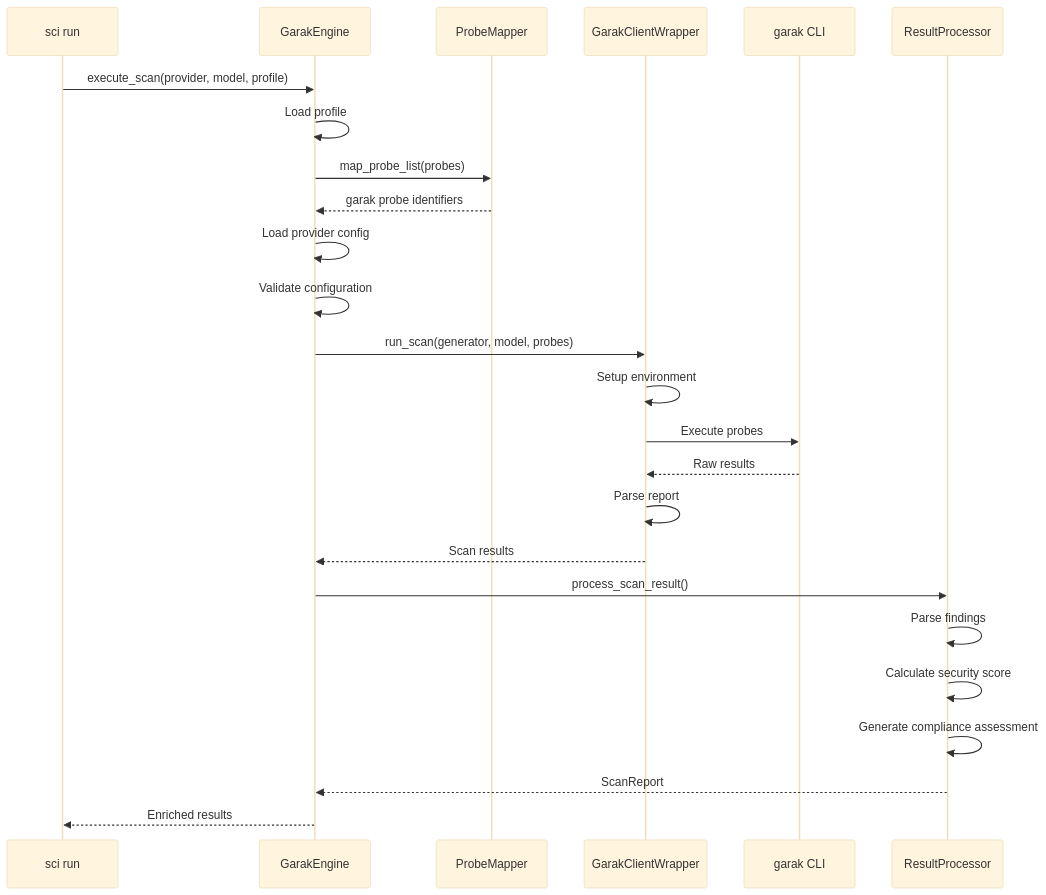
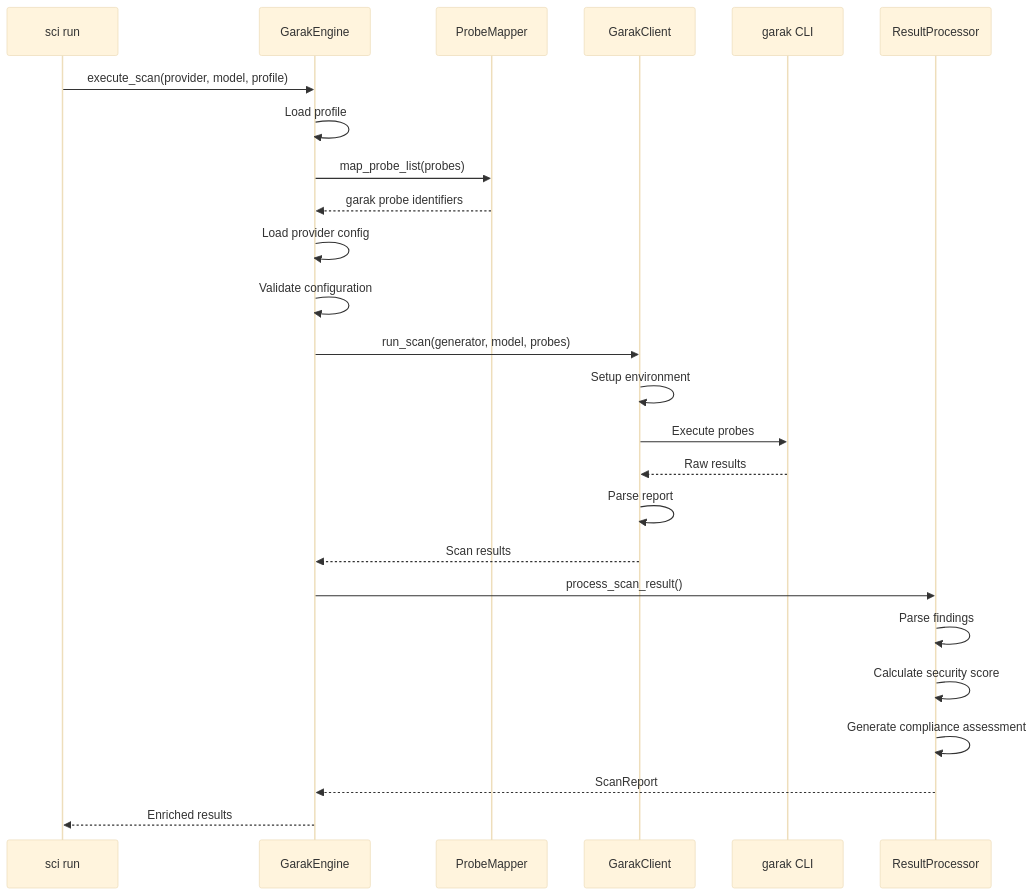
Before and after one commit to HaidarJbeily7/sci: the diagram in docs/garak-integration.md, drawn with Mermaid (base theme). The commit also changed other lines of this file and 12 other files, not shown here.

Commit message:
Refactor GarakClientWrapper to GarakClient across documentation and codebase for consistency. Update related references in README, integration, and unit tests. Enhance probe and detector mappings to align with the latest Garak version, ensuring improved clarity and maintainability.

````diff
--- a/docs/garak-integration.md
+++ b/docs/garak-integration.md
@@ -448,28 +448,28 @@
 ```mermaid
 sequenceDiagram
     participant CLI as sci run
     participant Engine as GarakEngine
     participant Mapper as ProbeMapper
-    participant Client as GarakClientWrapper
+    participant Client as GarakClient
     participant Garak as garak CLI
     participant Processor as ResultProcessor
 
     CLI->>Engine: execute_scan(provider, model, profile)
     Engine->>Engine: Load profile
     Engine->>Mapper: map_probe_list(probes)
     Mapper-->>Engine: garak probe identifiers
     Engine->>Engine: Load provider config
     Engine->>Engine: Validate configuration
     Engine->>Client: run_scan(generator, model, probes)
     Client->>Client: Setup environment
     Client->>Garak: Execute probes
     Garak-->>Client: Raw results
     Client->>Client: Parse report
     Client-->>Engine: Scan results
     Engine->>Processor: process_scan_result()
     Processor->>Processor: Parse findings
     Processor->>Processor: Calculate security score
     Processor->>Processor: Generate compliance assessment
     Processor-->>Engine: ScanReport
     Engine-->>CLI: Enriched results
 ```
````
